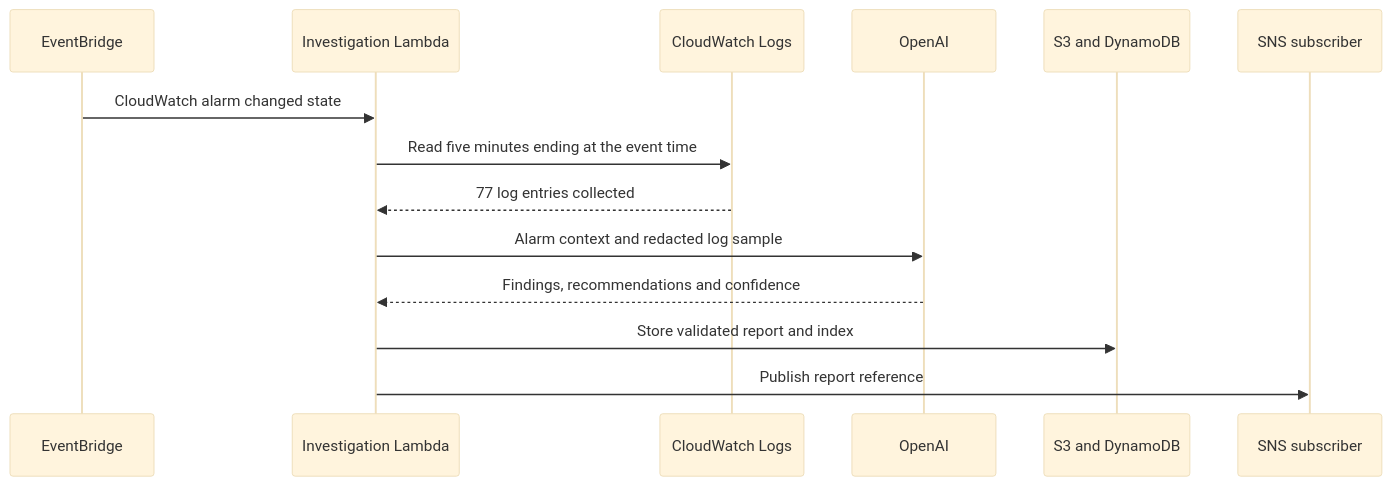
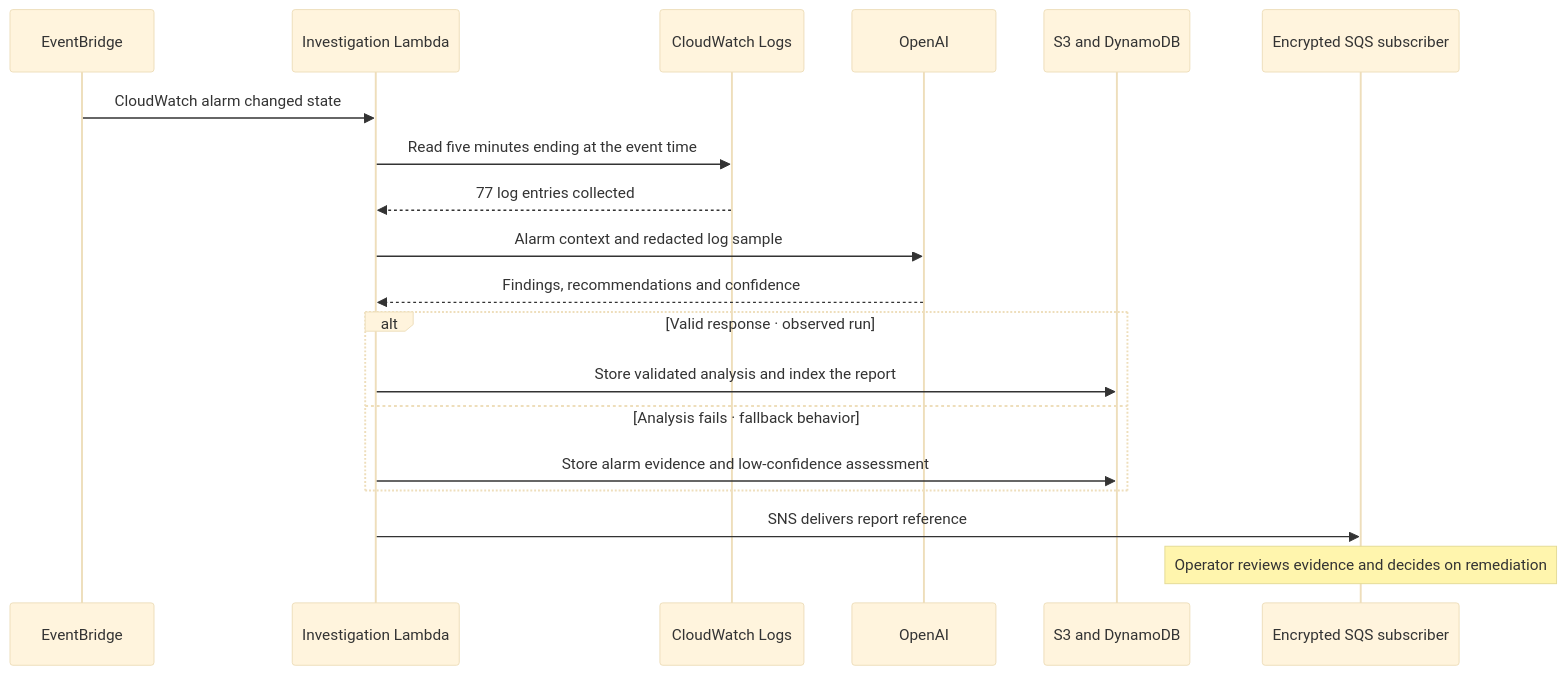
One commit to JNHolman/RSVP-Cloud-Platform changed the second of 2 diagrams in project-1-cloud-foundation/README.md. Above: the diagram before and after it, drawn with Mermaid (base theme). The commit also changed 3 other files, not shown here.

````diff
--- a/project-1-cloud-foundation/README.md
+++ b/project-1-cloud-foundation/README.md
@@ -37,16 +37,21 @@
 ```mermaid
 sequenceDiagram
     participant E as EventBridge
     participant L as Investigation Lambda
     participant C as CloudWatch Logs
     participant M as OpenAI
     participant R as S3 and DynamoDB
-    participant N as SNS subscriber
+    participant N as Encrypted SQS subscriber
     E->>L: CloudWatch alarm changed state
     L->>C: Read five minutes ending at the event time
     C-->>L: 77 log entries collected
     L->>M: Alarm context and redacted log sample
     M-->>L: Findings, recommendations and confidence
-    L->>R: Store validated report and index
-    L->>N: Publish report reference
+    alt Valid response · observed run
+        L->>R: Store validated analysis and index the report
+    else Analysis fails · fallback behavior
+        L->>R: Store alarm evidence and low-confidence assessment
+    end
+    L->>N: SNS delivers report reference
+    Note over N: Operator reviews evidence and decides on remediation
 ```
````
